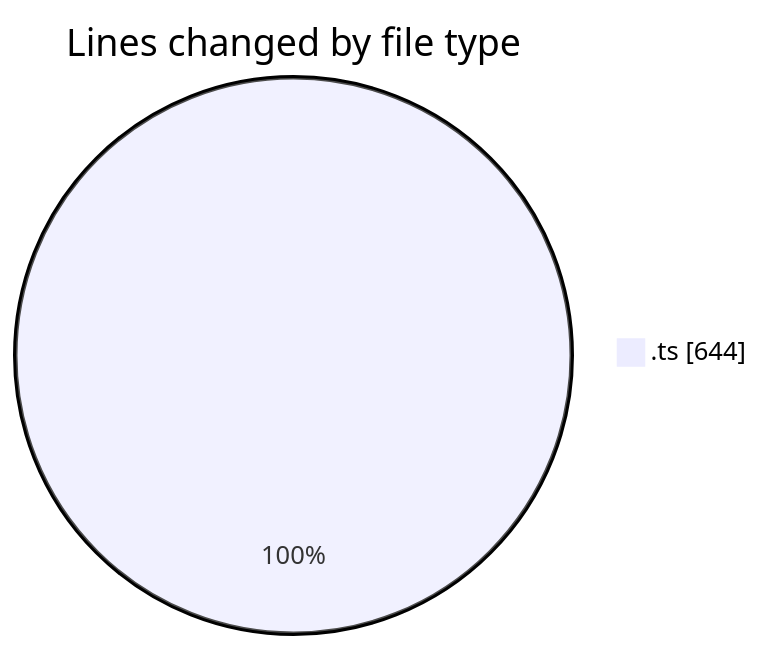
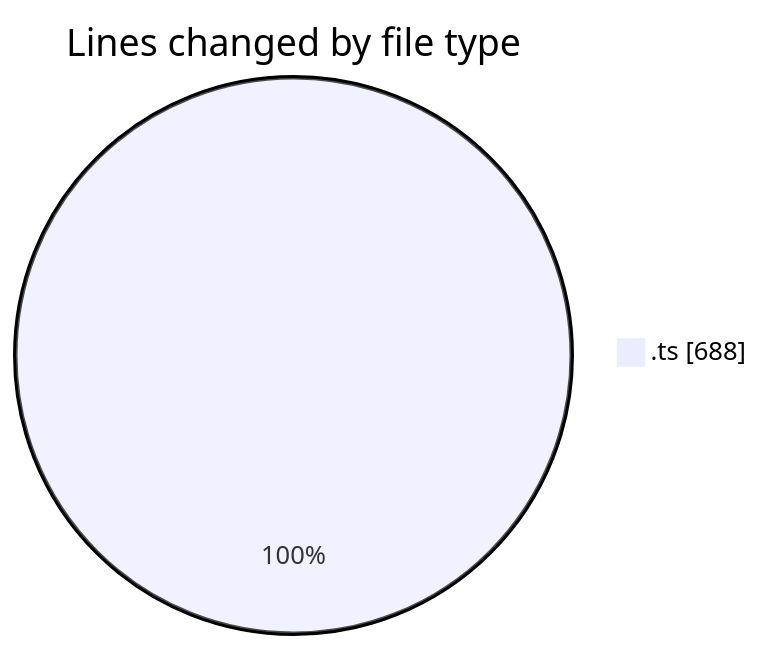
Before and after one commit to tmsrecording-cyber/code-tracking: the first of 2 diagrams in 2026-02-04/singularitybrainai/README.md, drawn with Mermaid. The commit also changed other lines of this file and 1 other file, not shown here.

````diff
--- a/2026-02-04/singularitybrainai/README.md
+++ b/2026-02-04/singularitybrainai/README.md
@@ -20,5 +20,5 @@
 ```mermaid
 pie showData
 title Lines changed by file type
-".ts" : 644
+".ts" : 688
 ```
````
